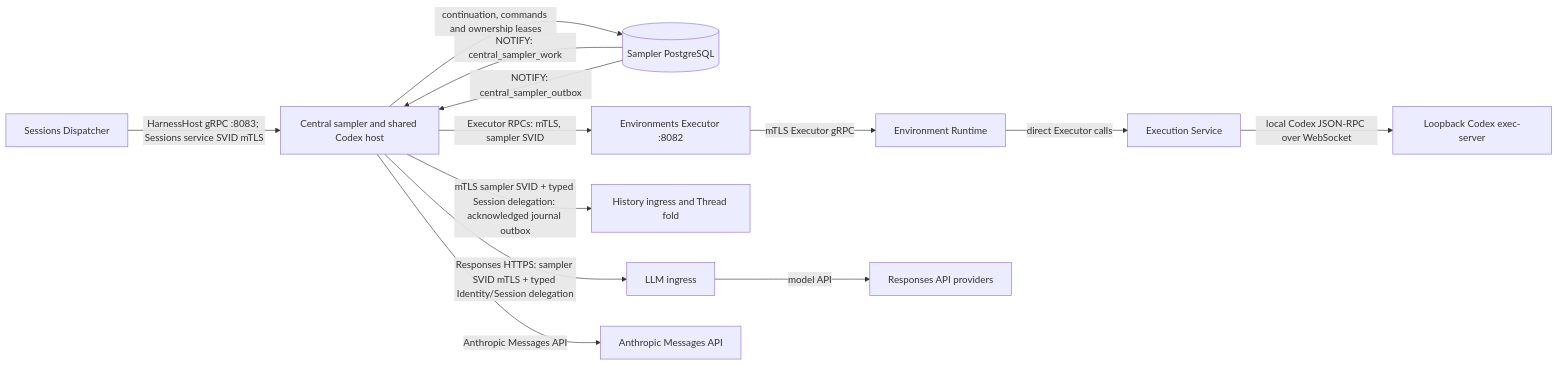
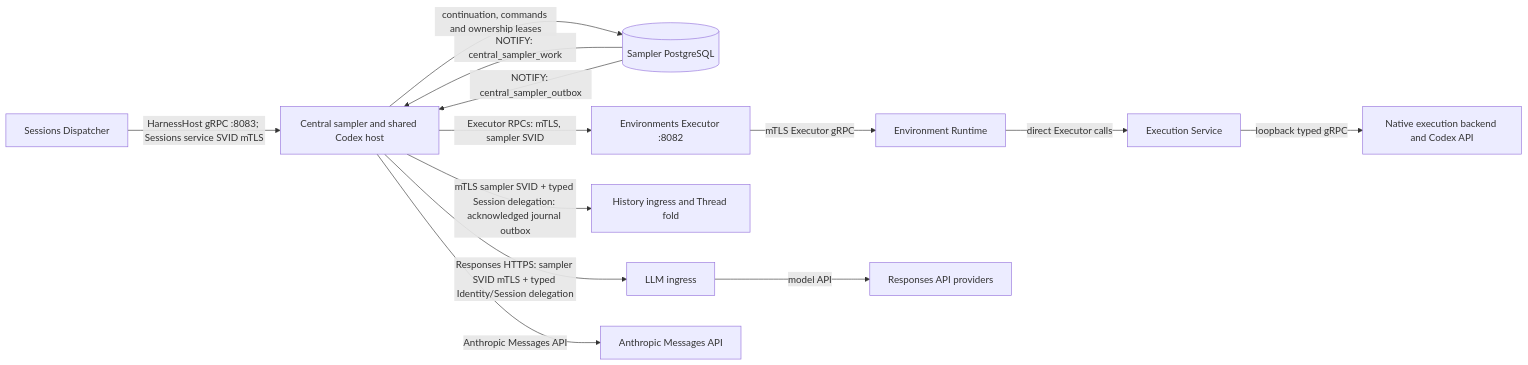
Before and after one commit to agentydragon/ducktape: the fourth of 18 diagrams in agentplane/docs/system_overview.md, drawn with Mermaid. The commit also changed other lines of this file and 64 other files, not shown here.

Commit message:
Replace Codex exec-server with native execution backend

````diff
--- a/agentplane/docs/system_overview.md
+++ b/agentplane/docs/system_overview.md
@@ -398,25 +399,25 @@
 ```mermaid
 flowchart LR
     dispatcher[Sessions Dispatcher]
     sampler[Central sampler and shared Codex host]
     db[(Sampler PostgreSQL)]
     proxy[Environments Executor :8082]
     runtime[Environment Runtime]
     execution[Execution Service]
-    executor[Loopback Codex exec-server]
+    executor[Native execution backend and Codex API]
     history[History ingress and Thread fold]
     llm[LLM ingress]
     responses[Responses API providers]
     anthropic[Anthropic Messages API]
     dispatcher -->|HarnessHost gRPC :8083; Sessions service SVID mTLS| sampler
     sampler -->|continuation, commands and ownership leases| db
     db -->|NOTIFY: central_sampler_work| sampler
     db -->|NOTIFY: central_sampler_outbox| sampler
     sampler -->|Executor RPCs: mTLS, sampler SVID| proxy
     proxy -->|mTLS Executor gRPC| runtime
     runtime -->|direct Executor calls| execution
-    execution -->|local Codex JSON-RPC over WebSocket| executor
+    execution -->|loopback typed gRPC| executor
     sampler -->|mTLS sampler SVID + typed Session delegation: acknowledged journal outbox| history
     sampler -->|Responses HTTPS: sampler SVID mTLS + typed Identity/Session delegation| llm -->|model API| responses
     sampler -->|Anthropic Messages API| anthropic
 ```
````
